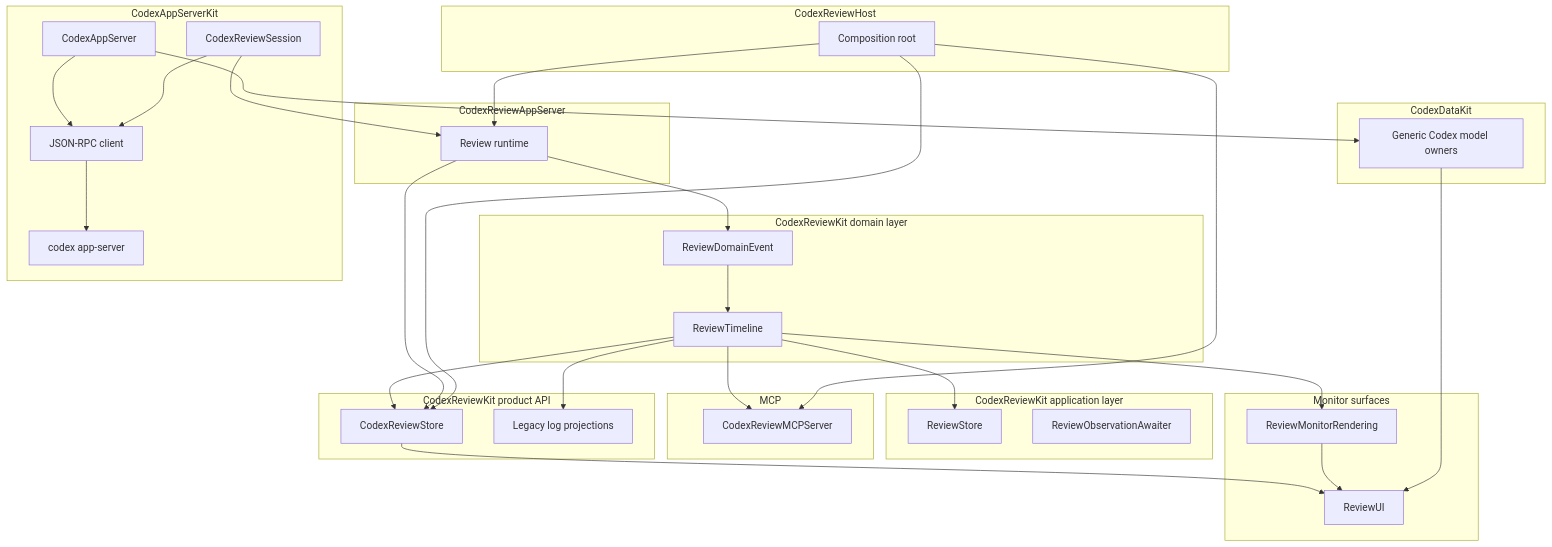
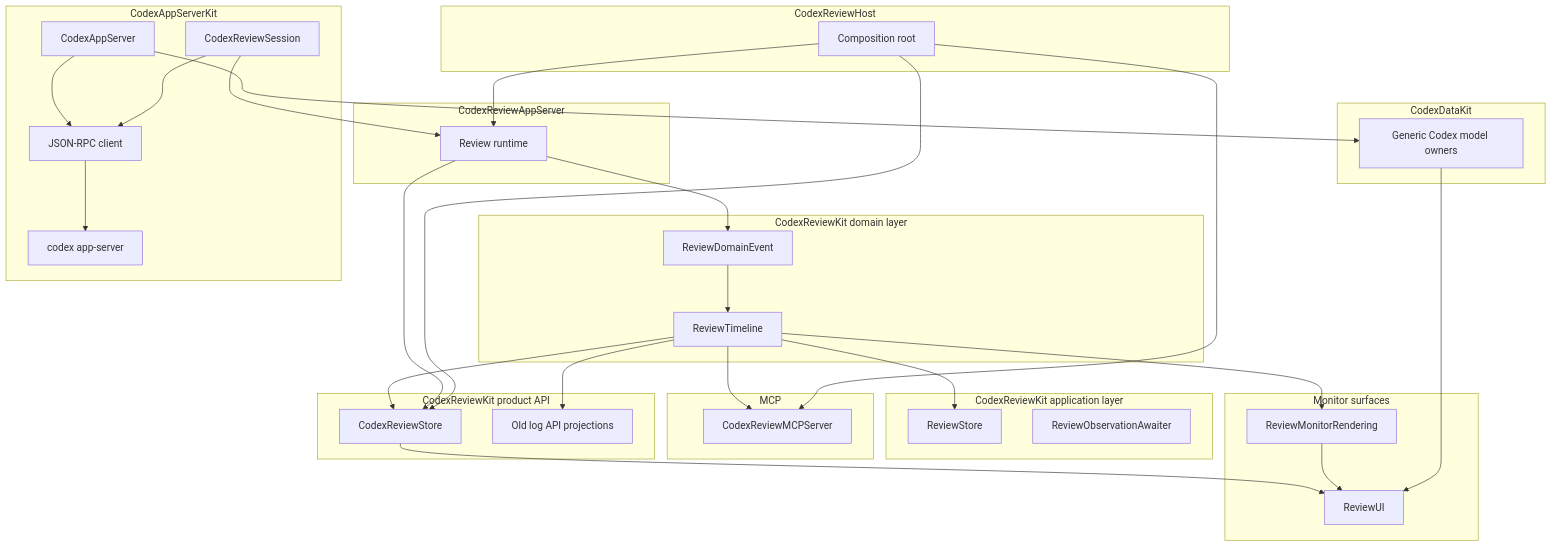
Before and after one commit to lynnswap/CodexReviewKit: the diagram in Docs/architecture.md, drawn with Mermaid. The commit also changed other lines of this file, not shown here.

Commit message:
docs(architecture): clarify Codex chat UI ownership

````diff
--- a/Docs/architecture.md
+++ b/Docs/architecture.md
@@ -93,65 +98,65 @@
 ```mermaid
 flowchart TB
     subgraph Domain["CodexReviewKit domain layer"]
         DomainEvents["ReviewDomainEvent"]
         Timeline["ReviewTimeline"]
     end
 
     subgraph Application["CodexReviewKit application layer"]
         AppStore["ReviewStore"]
         Awaiter["ReviewObservationAwaiter"]
     end
 
     subgraph Product["CodexReviewKit product API"]
         PublicStore["CodexReviewStore"]
-        LegacyProjection["Legacy log projections"]
+        LegacyProjection["Old log API projections"]
     end
 
     subgraph Kit["CodexAppServerKit"]
         DomainAPI["CodexAppServer"]
         ReviewSession["CodexReviewSession"]
         Client["JSON-RPC client"]
         Process["codex app-server"]
     end
 
     subgraph GenericData["CodexDataKit"]
         GenericOwners["Generic Codex model owners"]
     end
 
     subgraph AppServer["CodexReviewAppServer"]
         Runtime["Review runtime"]
     end
 
     subgraph MCP["MCP"]
         MCPServer["CodexReviewMCPServer"]
     end
 
     subgraph Monitor["Monitor surfaces"]
         Renderer["ReviewMonitorRendering"]
         UI["ReviewUI"]
     end
 
     subgraph Host["CodexReviewHost"]
         Composition["Composition root"]
     end
 
     ReviewSession --> Runtime
     Runtime --> DomainEvents
     DomainEvents --> Timeline
     Timeline --> AppStore
     Timeline --> PublicStore
     Timeline --> LegacyProjection
     Timeline --> MCPServer
     Timeline --> Renderer
     PublicStore --> UI
     Renderer --> UI
     GenericOwners --> UI
     DomainAPI --> Client
     DomainAPI --> GenericOwners
     ReviewSession --> Client
     Client --> Process
     Runtime --> PublicStore
     Composition --> Runtime
     Composition --> MCPServer
     Composition --> PublicStore
 ```
````
